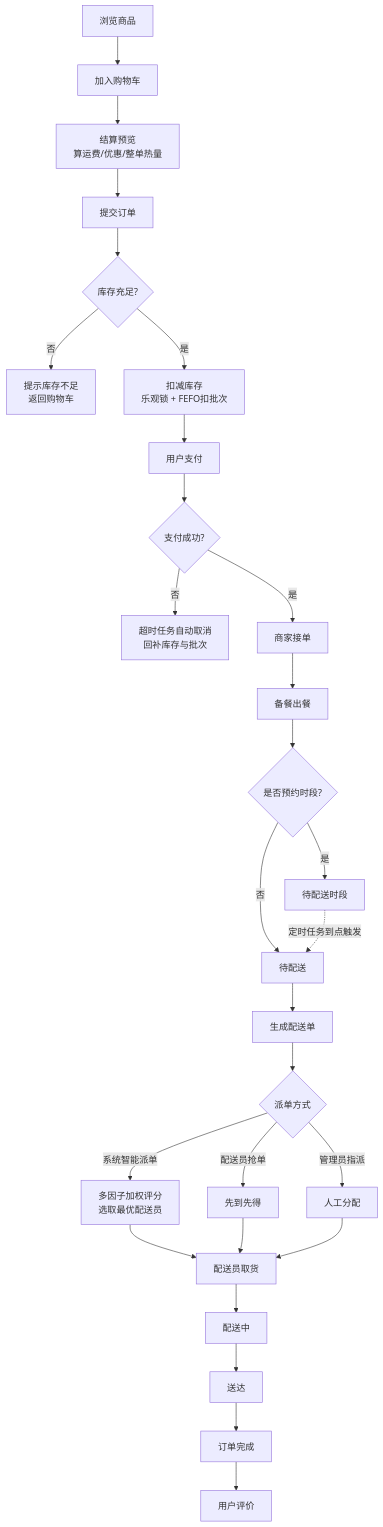
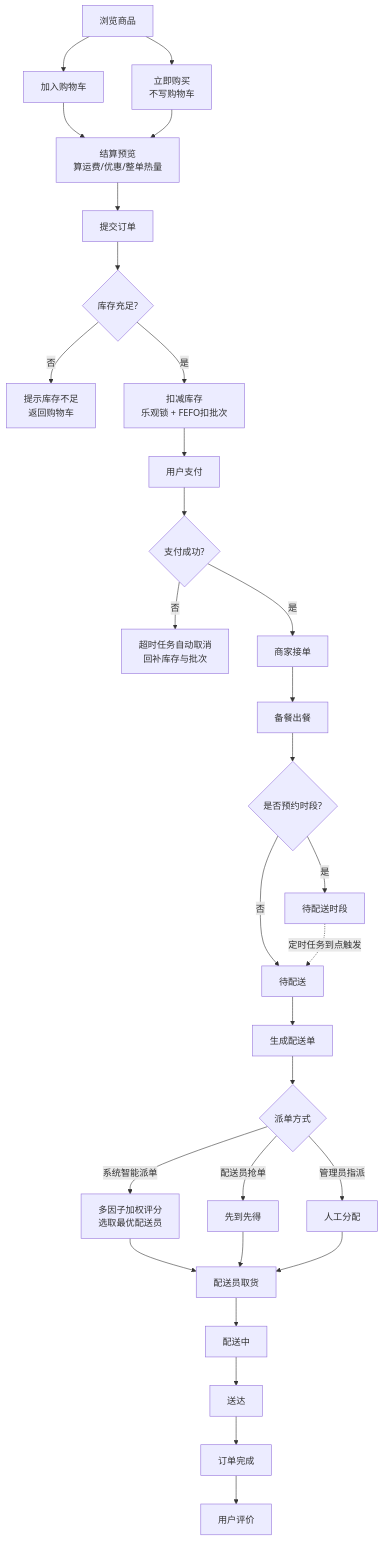
One commit to chenchuiqing/FreshMeal changed the second of 3 diagrams in docs/01-需求分析.md. Above: the diagram before and after it, drawn with Mermaid. The commit also changed other lines of this file and 19 other files, not shown here.

````diff
--- a/docs/01-需求分析.md
+++ b/docs/01-需求分析.md
@@ -123,30 +124,32 @@
 ```mermaid
 flowchart TD
     A[浏览商品] --> B[加入购物车]
+    A --> B2[立即购买<br/>不写购物车]
     B --> C[结算预览<br/>算运费/优惠/整单热量]
+    B2 --> C
     C --> D[提交订单]
     D --> E{库存充足?}
     E -- 否 --> E1[提示库存不足<br/>返回购物车]
     E -- 是 --> F[扣减库存<br/>乐观锁 + FEFO扣批次]
     F --> H[用户支付]
     H --> I{支付成功?}
     I -- 否 --> I1[超时任务自动取消<br/>回补库存与批次]
     I -- 是 --> J[商家接单]
     J --> K[备餐出餐]
     K --> L{是否预约时段?}
     L -- 否 --> M[待配送]
     L -- 是 --> L1[待配送时段]
     L1 -.定时任务到点触发.-> M
     M --> N[生成配送单]
     N --> O{派单方式}
     O -- 系统智能派单 --> O1[多因子加权评分<br/>选取最优配送员]
     O -- 配送员抢单 --> O2[先到先得]
     O -- 管理员指派 --> O3[人工分配]
     O1 --> P[配送员取货]
     O2 --> P
     O3 --> P
     P --> Q[配送中]
     Q --> R[送达]
     R --> S[订单完成]
     S --> T[用户评价]
 ```
````
